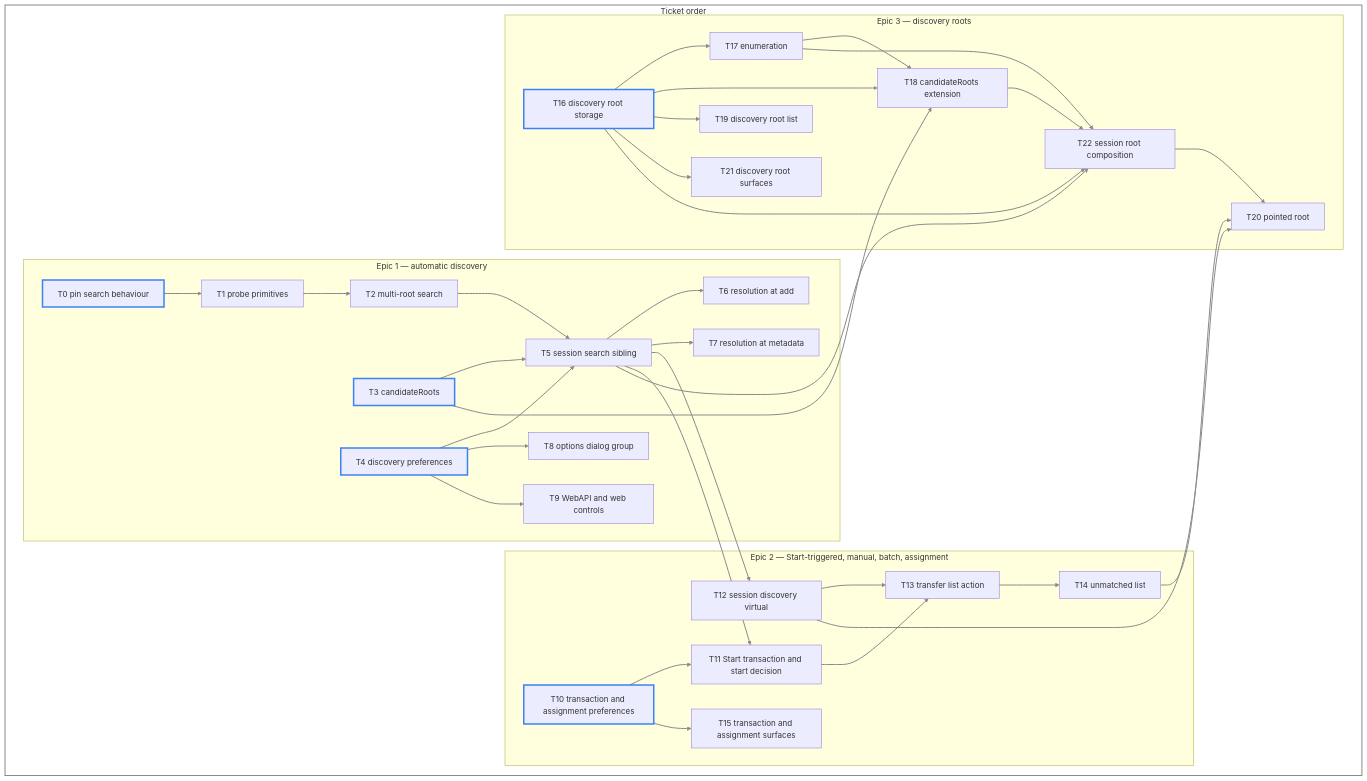
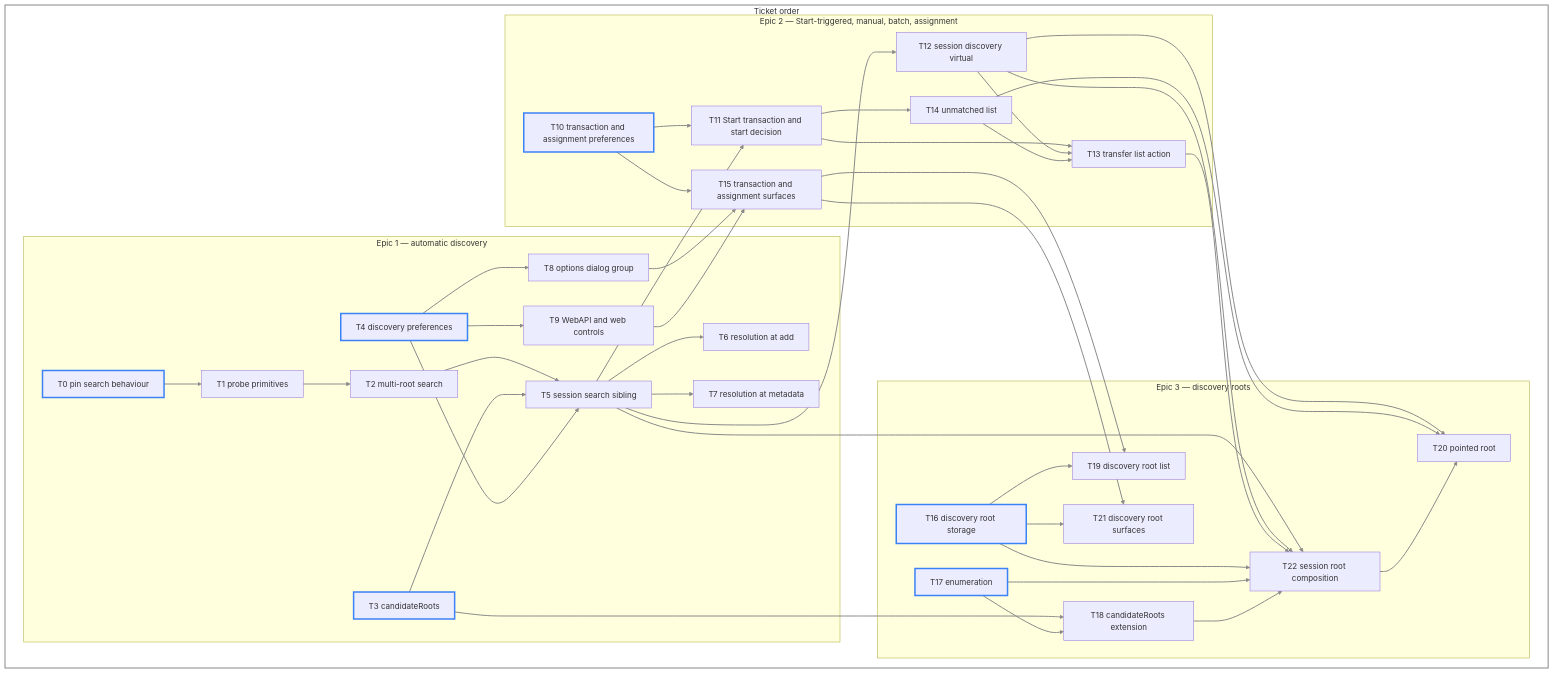
The diagram in doc/en/find-location_technical_requirements.md (tsylvester/qBittorrent), drawn with Mermaid before and after one commit. The commit also changed other lines of this file and 8 other files, not shown here.

````diff
--- a/doc/en/find-location_technical_requirements.md
+++ b/doc/en/find-location_technical_requirements.md
@@ -150,69 +158,74 @@
 ```mermaid
 flowchart TD
     subgraph repo["Ticket order"]
         subgraph e1["Epic 1 — automatic discovery"]
             T0["T0 pin search behaviour"]
             T1["T1 probe primitives"]
             T2["T2 multi-root search"]
             T3["T3 candidateRoots"]
             T4["T4 discovery preferences"]
             T5["T5 session search sibling"]
             T6["T6 resolution at add"]
             T7["T7 resolution at metadata"]
             T8["T8 options dialog group"]
             T9["T9 WebAPI and web controls"]
         end
         subgraph e2["Epic 2 — Start-triggered, manual, batch, assignment"]
             T10["T10 transaction and assignment preferences"]
             T11["T11 Start transaction and start decision"]
             T12["T12 session discovery virtual"]
             T13["T13 transfer list action"]
             T14["T14 unmatched list"]
             T15["T15 transaction and assignment surfaces"]
         end
         subgraph e3["Epic 3 — discovery roots"]
             T16["T16 discovery root storage"]
             T17["T17 enumeration"]
             T18["T18 candidateRoots extension"]
             T19["T19 discovery root list"]
             T20["T20 pointed root"]
             T21["T21 discovery root surfaces"]
             T22["T22 session root composition"]
         end
     end
 
     T0 --> T1
     T1 --> T2
     T2 --> T5
     T3 --> T5
     T4 --> T5
     T4 --> T8
     T4 --> T9
     T5 --> T6
     T5 --> T7
     T5 --> T12
     T10 --> T11
     T10 --> T15
+    T8 --> T15
+    T9 --> T15
     T5 --> T11
+    T11 --> T14
     T11 --> T13
     T12 --> T13
-    T13 --> T14
+    T14 --> T13
     T3 --> T18
-    T16 --> T17
-    T16 --> T18
+    T17 --> T18
     T16 --> T19
+    T15 --> T19
     T16 --> T21
-    T17 --> T18
+    T15 --> T21
     T5 --> T22
+    T12 --> T22
+    T13 --> T22
     T16 --> T22
     T17 --> T22
     T18 --> T22
     T12 --> T20
     T14 --> T20
     T22 --> T20
 
     linkStyle default stroke:#8a8a8a,stroke-width:2px
     style repo fill:none,stroke:#8a8a8a,stroke-width:2px
     classDef entry stroke:#3b82f6,stroke-width:3px
-    class T0,T3,T4,T10,T16 entry
+    class T0,T3,T4,T10,T16,T17 entry
 ```
````
